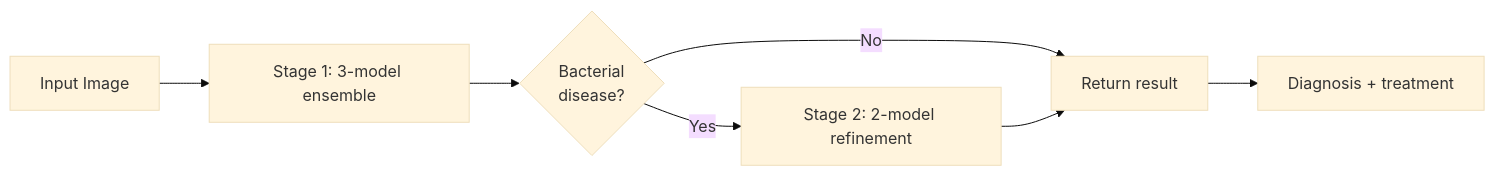
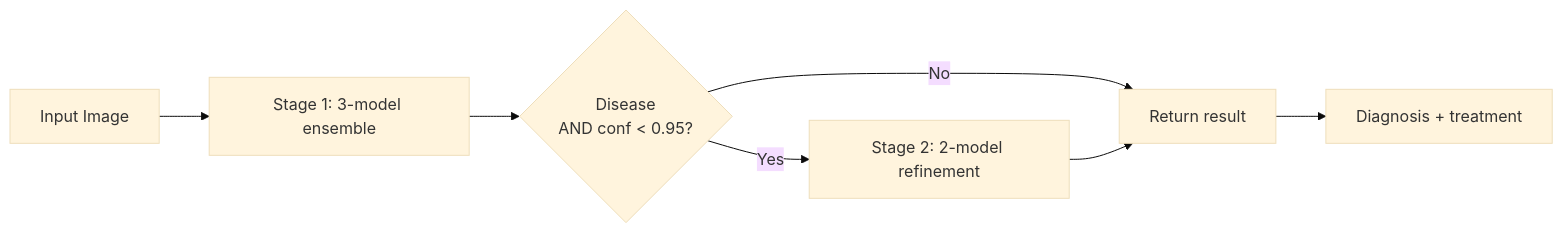
Before and after one commit to AnuragPandey19/Rice-Disease-Detector: the diagram in README.md, drawn with Mermaid (base theme). The commit also changed other lines of this file and 1 other file, not shown here.

````diff
--- a/README.md
+++ b/README.md
@@ -51,9 +51,9 @@
 ```mermaid
 graph LR
     A[Input Image] --> B[Stage 1: 3-model ensemble]
-    B --> C{Bacterial<br/>disease?}
+    B --> C{Disease<br/>AND conf < 0.95?}
     C -->|Yes| D[Stage 2: 2-model refinement]
     C -->|No| E[Return result]
     D --> E
     E --> F[Diagnosis + treatment]
 ```
````
